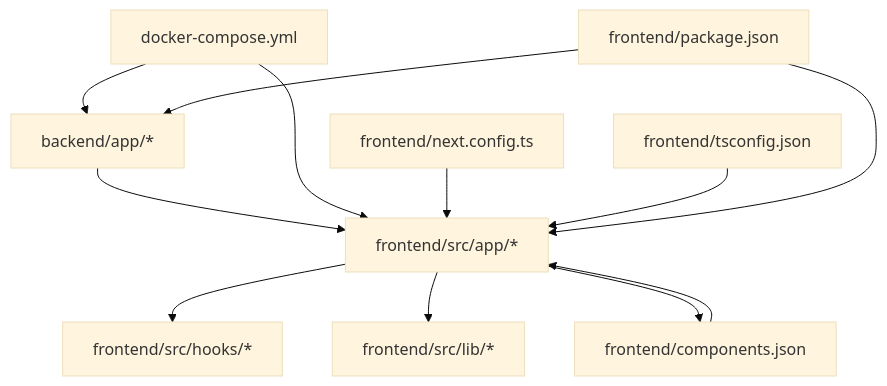
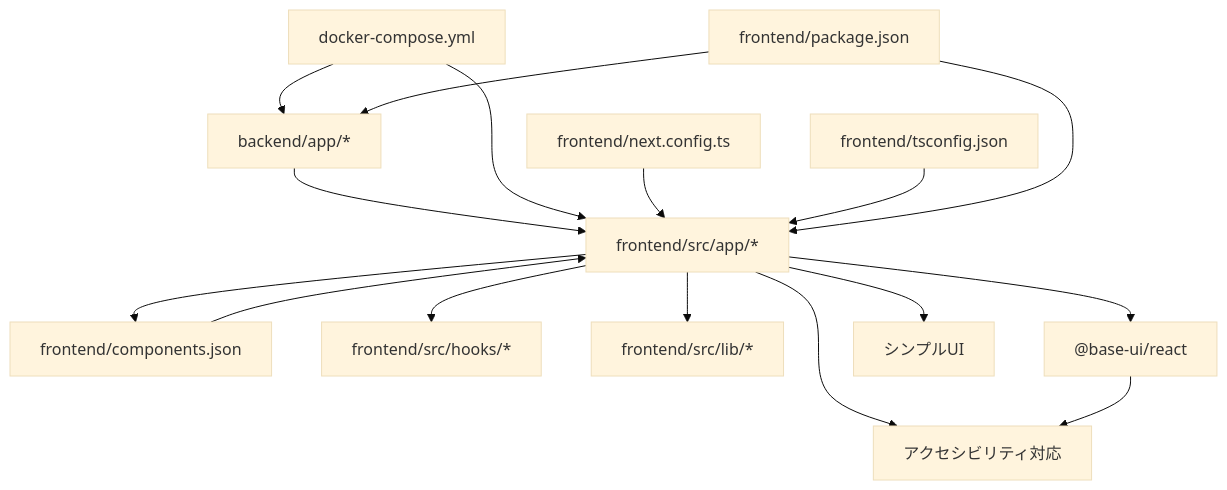
The fifth of 5 diagrams in .qoder/repowiki/ja/content/アーキテクチャ/フロントエンドアーキテクチャ.md (ss8806/Todos), drawn with Mermaid (base theme) before and after one commit. The commit also changed other lines of this file and 17 other files, not shown here.

````diff
--- a/.qoder/repowiki/ja/content/アーキテクチャ/フロントエンドアーキテクチャ.md
+++ b/.qoder/repowiki/ja/content/アーキテクチャ/フロントエンドアーキテクチャ.md
@@ -344,23 +432,30 @@
 ```mermaid
 graph TB
 DOCKER["docker-compose.yml"]
 NEXT["frontend/next.config.ts"]
 TS["frontend/tsconfig.json"]
 PKG["frontend/package.json"]
 COMPONENTS["frontend/components.json"]
 FRONT["frontend/src/app/*"]
 BACK["backend/app/*"]
 HOOKS["frontend/src/hooks/*"]
 LIB["frontend/src/lib/*"]
+BASEUI["@base-ui/react"]
+ACCESS["アクセシビリティ対応"]
+SIMPLE["シンプルUI"]
 FRONT --> HOOKS
 FRONT --> LIB
 FRONT --> COMPONENTS
+FRONT --> BASEUI
+FRONT --> ACCESS
+FRONT --> SIMPLE
 BACK --> FRONT
 DOCKER --> FRONT
 DOCKER --> BACK
 NEXT --> FRONT
 TS --> FRONT
 PKG --> FRONT
 PKG --> BACK
 COMPONENTS --> FRONT
+BASEUI --> ACCESS
 ```
````
